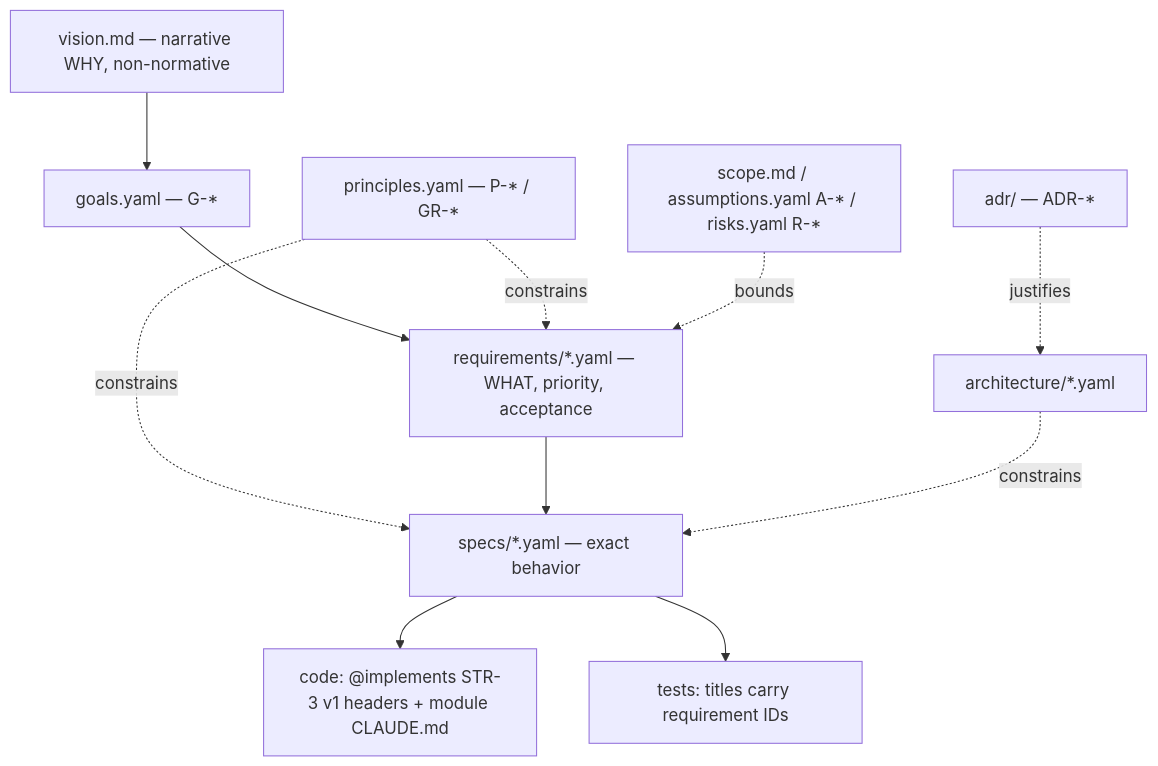
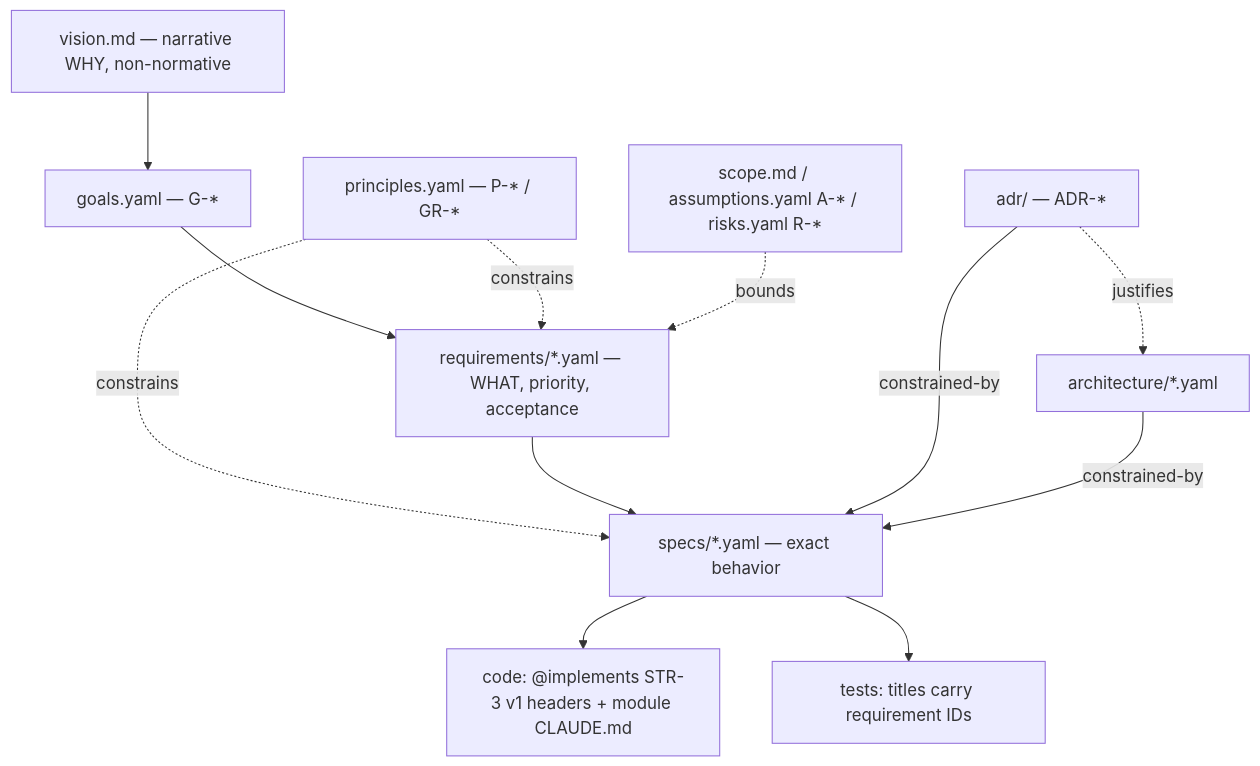
Before and after one commit to jetdream/steward: the diagram in docs/CLAUDE.md, drawn with Mermaid. The commit also changed other lines of this file and 17 other files, not shown here.

First line of the commit message:
Enforce the design layer: constrained-by gate, mandatory Architect Challenger, pre-commit hooks

````diff
--- a/docs/CLAUDE.md
+++ b/docs/CLAUDE.md
@@ -13,13 +13,14 @@
 ```mermaid
 graph TD
   V[vision.md — narrative WHY, non-normative] --> G[goals.yaml — G-*]
   G --> REQ[requirements/*.yaml — WHAT, priority, acceptance]
   P[principles.yaml — P-* / GR-*] -.constrains.-> REQ
   P -.constrains.-> SPEC
   SC[scope.md / assumptions.yaml A-* / risks.yaml R-*] -.bounds.-> REQ
   REQ --> SPEC[specs/*.yaml — exact behavior]
   ADR[adr/ — ADR-*] -.justifies.-> ARCH[architecture/*.yaml]
-  ARCH -.constrains.-> SPEC
+  ADR -- constrained-by --> SPEC
+  ARCH -- constrained-by --> SPEC
   SPEC --> CODE["code: @implements STR-3 v1 headers + module CLAUDE.md"]
   SPEC --> TEST[tests: titles carry requirement IDs]
 ```
````
